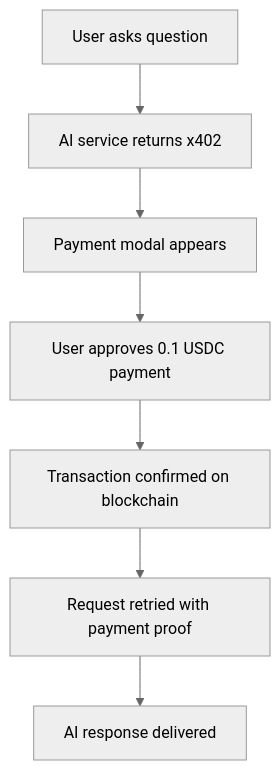
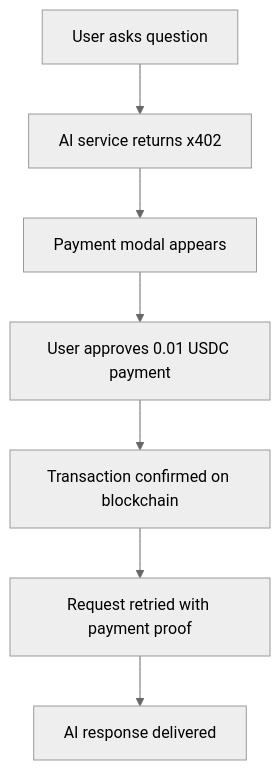
One commit to aaronjmars/tweazy changed the diagram in README.md. Above: the diagram before and after it, drawn with Mermaid (neutral theme). The commit also changed other lines of this file and 9 other files, not shown here.

````diff
--- a/README.md
+++ b/README.md
@@ -180,9 +180,9 @@
 ```mermaid
 graph TD
     A[User asks question] --> B[AI service returns x402]
     B --> C[Payment modal appears]
-    C --> D[User approves 0.1 USDC payment]
+    C --> D[User approves 0.01 USDC payment]
     D --> E[Transaction confirmed on blockchain]
     E --> F[Request retried with payment proof]
     F --> G[AI response delivered]
 ```
````
